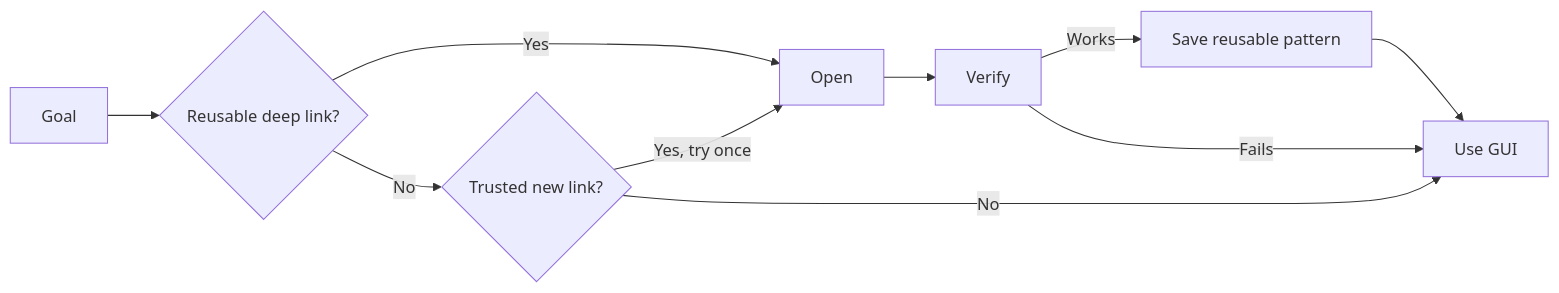
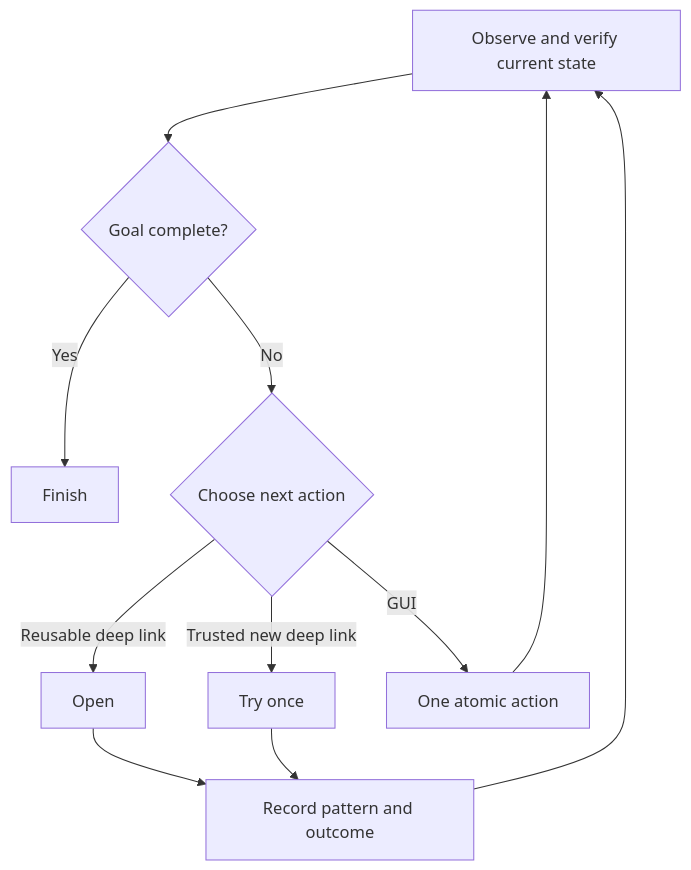
The diagram in README.md (gpengzhi/mobile-skill), drawn with Mermaid before and after one commit.

Commit message:
Clarify deep link action loop

````diff
--- a/README.md
+++ b/README.md
@@ -54,12 +54,13 @@
 ```mermaid
-flowchart LR
-    A[Goal] --> B{Reusable deep link?}
-    B -- Yes --> D[Open]
-    B -- No --> C{Trusted new link?}
-    C -- Yes, try once --> D
-    C -- No --> G[Use GUI]
-    D --> E[Verify]
-    E -- Works --> F[Save reusable pattern]
-    E -- Fails --> G
-    F --> G
+flowchart TD
+    A[Observe and verify current state] --> B{Goal complete?}
+    B -- Yes --> C[Finish]
+    B -- No --> D{Choose next action}
+    D -- Reusable deep link --> E[Open]
+    D -- Trusted new deep link --> F[Try once]
+    D -- GUI --> G[One atomic action]
+    E --> H[Record pattern and outcome]
+    F --> H
+    H --> A
+    G --> A
 ```
````
